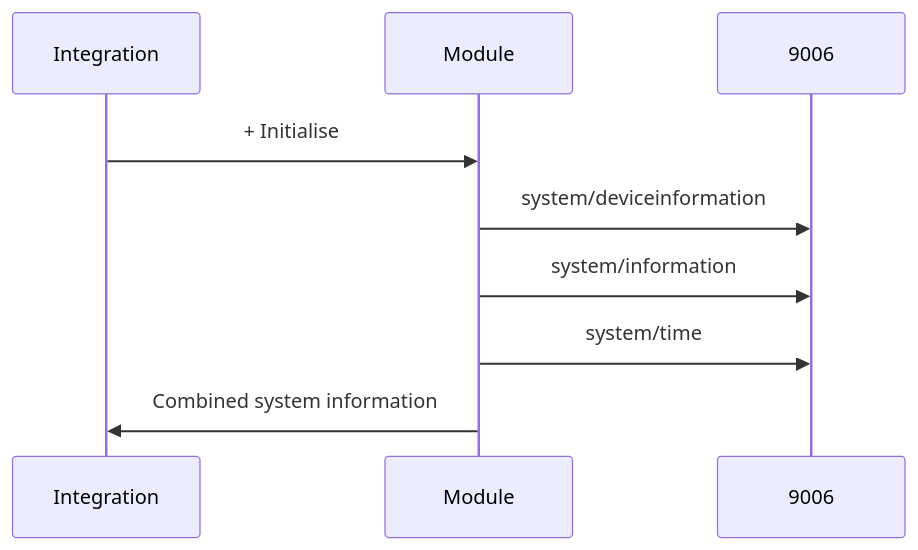
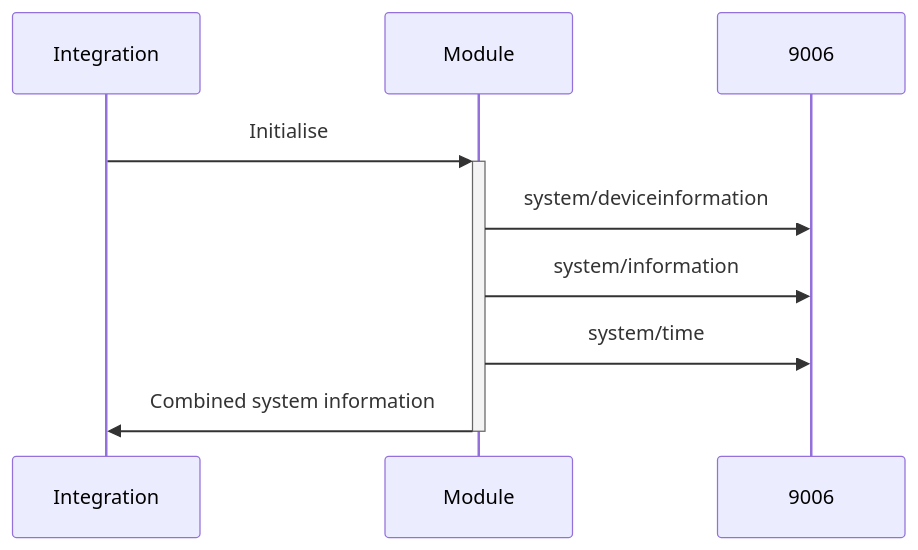
The first of 2 diagrams in flowchart/README.md (RogerSelwyn/Home_Assistant_SkyQ_MediaPlayer), drawn with Mermaid before and after one commit.

````diff
--- a/flowchart/README.md
+++ b/flowchart/README.md
@@ -5,11 +5,11 @@
 ```mermaid
 sequenceDiagram
 participant I as Integration
 participant M as Module
 participant J as 9006
-I->>M:+ Initialise
+I->>+M: Initialise
 M->>J: system/deviceinformation
 M->>J: system/information
 M->>J: system/time
-M->>I: Combined system information
+M->>-I: Combined system information
 ```
````
